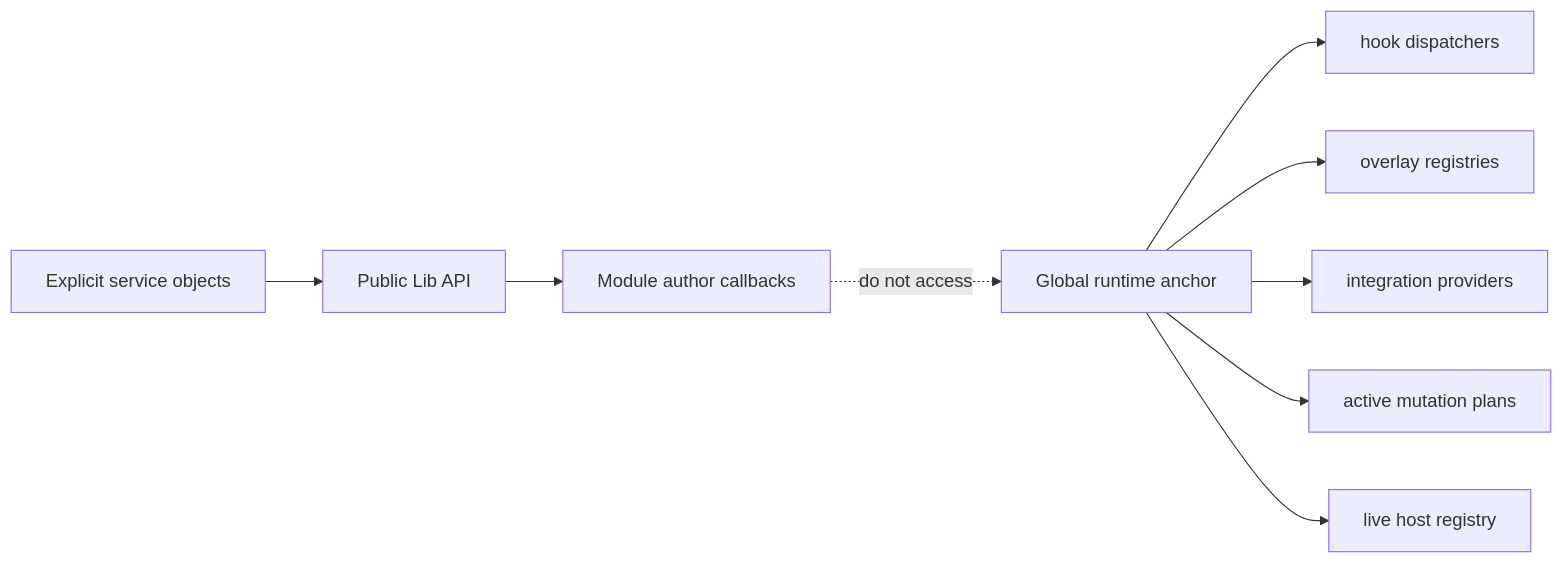
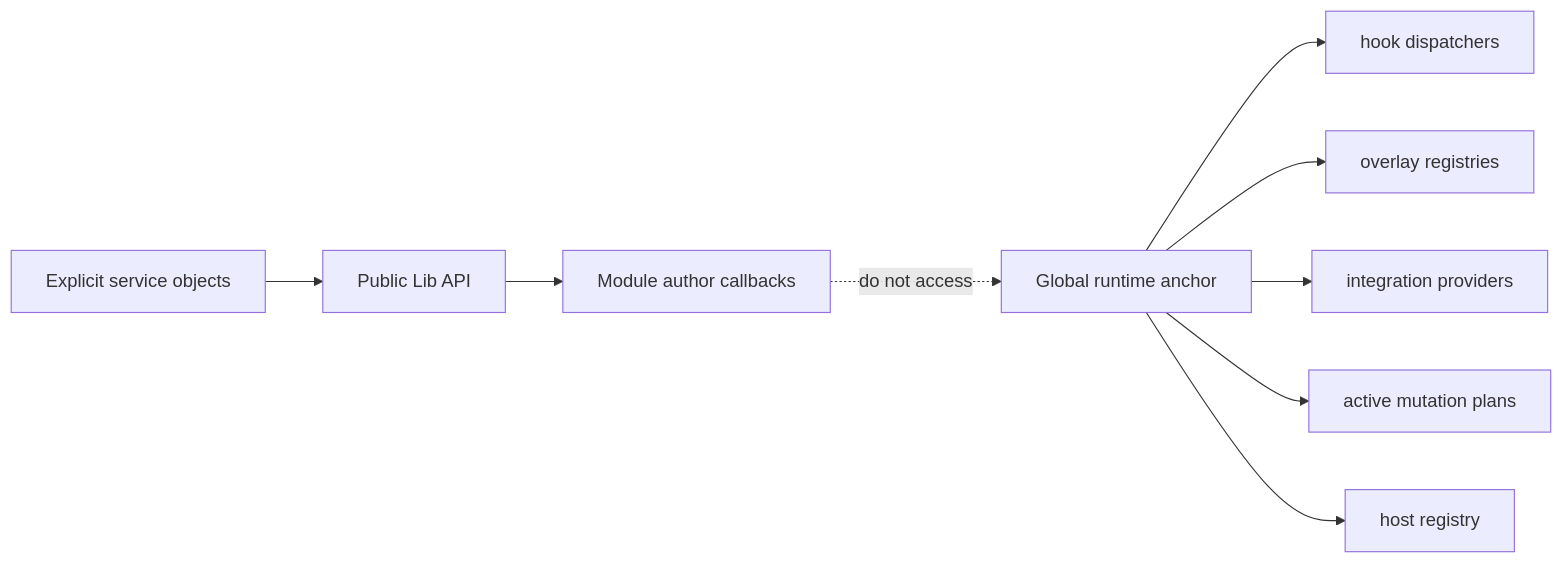
The fourth of 5 diagrams in docs/SYSTEM_INFRASTRUCTURE.md (h2-modpack/adamant-ModpackLib), drawn with Mermaid before and after one commit. The commit also changed other lines of this file and 138 other files, not shown here.

Commit message:
Checkpoint lib architecture cleanup

````diff
--- a/docs/SYSTEM_INFRASTRUCTURE.md
+++ b/docs/SYSTEM_INFRASTRUCTURE.md
@@ -129,18 +129,18 @@
 ```mermaid
 flowchart LR
     GLOBAL["Global runtime anchor"]
     SERVICES["Explicit service objects"]
     PUBLIC["Public Lib API"]
     AUTHORS["Module author callbacks"]
 
     GLOBAL --> HOOKSTATE["hook dispatchers"]
     GLOBAL --> OVERLAYSTATE["overlay registries"]
     GLOBAL --> INTEGRATIONSTATE["integration providers"]
     GLOBAL --> MUTATIONSTATE["active mutation plans"]
-    GLOBAL --> HOSTSTATE["live host registry"]
+    GLOBAL --> HOSTREGISTRY["host registry"]
 
     SERVICES --> PUBLIC
     PUBLIC --> AUTHORS
 
     AUTHORS -.->|"do not access"| GLOBAL
 ```
````
